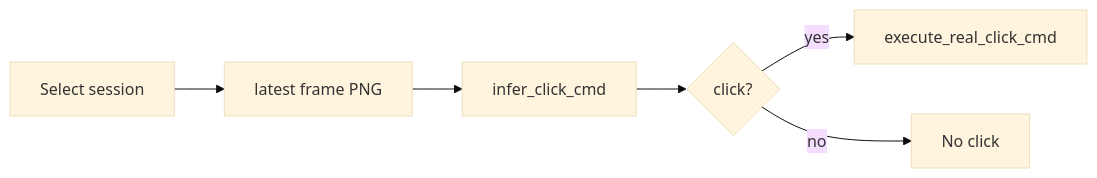
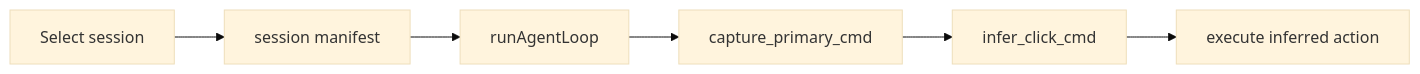
One commit to shlawgathon/Computer-Use changed the second of 2 diagrams in walkthrough.md. Above: the diagram before and after it, drawn with Mermaid (base theme). The commit also changed other lines of this file and 30 other files, not shown here.

````diff
--- a/walkthrough.md
+++ b/walkthrough.md
@@ -81,8 +81,8 @@
 ```mermaid
 flowchart LR
-  A["Select session"] --> B["latest frame PNG"]
-  B --> C["infer_click_cmd"]
-  C --> D{"click?"}
-  D -- "yes" --> E["execute_real_click_cmd"]
-  D -- "no" --> F["No click"]
+  A["Select session"] --> B["session manifest"]
+  B --> C["runAgentLoop"]
+  C --> D["capture_primary_cmd"]
+  D --> E["infer_click_cmd"]
+  E --> F["execute inferred action"]
 ```
````
